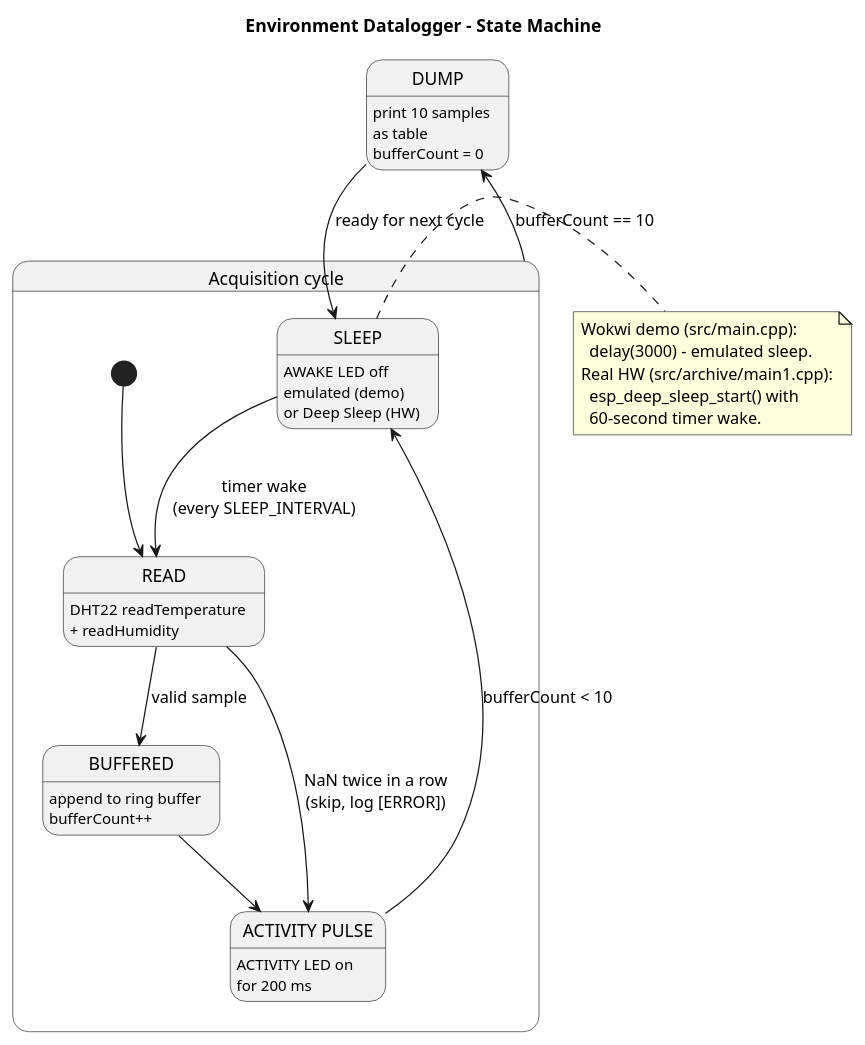
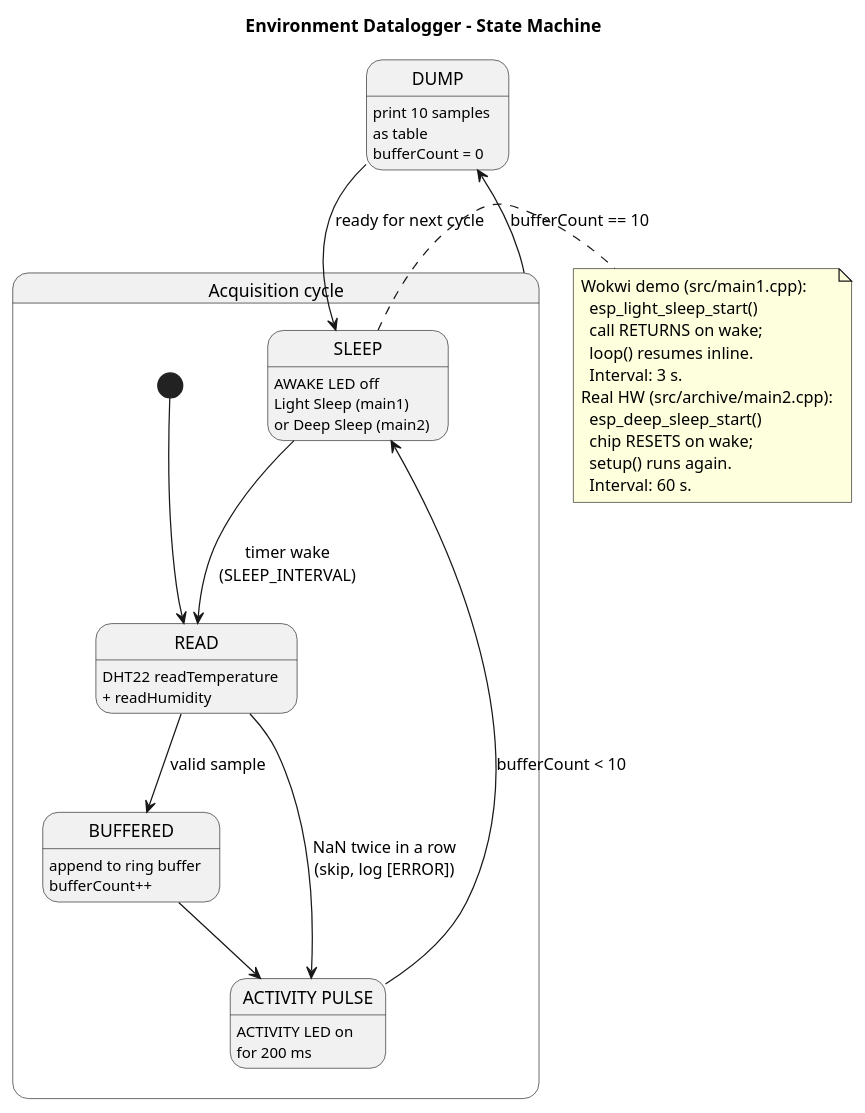
The first of 4 diagrams in lab2/inline_umlgraph_pnghtml.pu (Ivek-rgb/RUS--Bencic), drawn with PlantUML before and after one commit. The commit also changed other lines of this file and 56 other files, not shown here.

```diff
--- a/lab2/inline_umlgraph_pnghtml.pu
+++ b/lab2/inline_umlgraph_pnghtml.pu
@@ -1,29 +1,34 @@
 @startuml inline_umlgraph_1.png
 title Environment Datalogger - State Machine
 
 state "Acquisition cycle" as Cycle {
   state "READ"           as Read    : DHT22 readTemperature\n+ readHumidity
   state "BUFFERED"       as Buf     : append to ring buffer\nbufferCount++
   state "ACTIVITY PULSE" as Pulse   : ACTIVITY LED on\nfor 200 ms
-  state "SLEEP"          as Sleep   : AWAKE LED off\nemulated (demo)\nor Deep Sleep (HW)
+  state "SLEEP"          as Sleep   : AWAKE LED off\nLight Sleep (main1)\nor Deep Sleep (main2)
 
   [*] --> Read
   Read --> Buf     : valid sample
   Read --> Pulse   : NaN twice in a row\n(skip, log [ERROR])
   Buf  --> Pulse
   Pulse --> Sleep  : bufferCount < 10
 }
 
 state "DUMP" as Dump : print 10 samples\nas table\nbufferCount = 0
 Cycle --> Dump   : bufferCount == 10
 Dump  --> Sleep  : ready for next cycle
-Sleep --> Read   : timer wake\n(every SLEEP_INTERVAL)
+Sleep --> Read   : timer wake\n(SLEEP_INTERVAL)
 
 note right of Sleep
-  Wokwi demo (src/main.cpp):
-    delay(3000) - emulated sleep.
-  Real HW (src/archive/main1.cpp):
-    esp_deep_sleep_start() with
-    60-second timer wake.
+  Wokwi demo (src/main1.cpp):
+    esp_light_sleep_start()
+    call RETURNS on wake;
+    loop() resumes inline.
+    Interval: 3 s.
+  Real HW (src/archive/main2.cpp):
+    esp_deep_sleep_start()
+    chip RESETS on wake;
+    setup() runs again.
+    Interval: 60 s.
 end note
 @enduml
```
